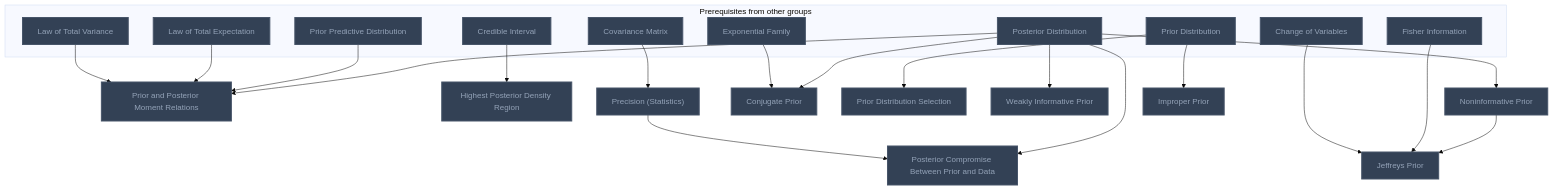
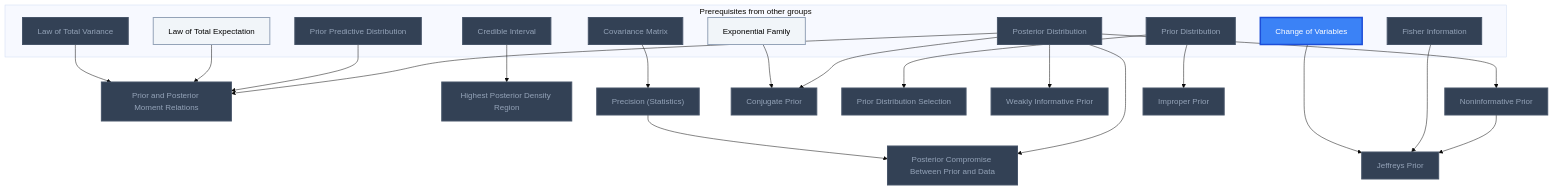
The fourth of 6 diagrams in Gamification/Skill Trees/Bayesian Statistics.md (MRauf1/My-Notes), drawn with Mermaid (base theme) before and after one commit. The commit also changed other lines of this file and 145 other files, not shown here.

````diff
--- a/Gamification/Skill Trees/Bayesian Statistics.md
+++ b/Gamification/Skill Trees/Bayesian Statistics.md
@@ -128,53 +129,55 @@
 ```mermaid
 flowchart TD
     classDef planned fill:#1E293B,stroke:#64748B,stroke-width:2px,stroke-dasharray:5 5,color:#94A3B8;
     classDef locked fill:#334155,stroke:#475569,stroke-width:2px,color:#94A3B8;
     classDef L0 fill:#F1F5F9,stroke:#94A3B8,stroke-width:2px,color:#000000;
     classDef L1 fill:#22C55E,stroke:#15803D,stroke-width:2px,color:#000000;
     classDef L2 fill:#3B82F6,stroke:#1D4ED8,stroke-width:3px,color:#FFFFFF;
     classDef L3 fill:#A855F7,stroke:#6B21A8,stroke-width:3px,color:#FFFFFF,font-weight:bold;
     classDef L4 fill:#F97316,stroke:#C2410C,stroke-width:4px,color:#000000,font-weight:bold;
     classDef L5 fill:#FFD700,stroke:#FF8C00,stroke-width:5px,color:#000000,font-weight:bold;
     classDef rusty stroke:#8B4513,stroke-width:4px,stroke-dasharray:3 3;
     subgraph sg_prereqs["Prerequisites from other groups"]
         n_posterior_distribution["Posterior Distribution"]
         n_prior_predictive_distribution["Prior Predictive Distribution"]
         n_law_of_total_expectation["Law of Total Expectation"]
         n_law_of_total_variance["Law of Total Variance"]
         n_covariance_matrix["Covariance Matrix"]
         n_credible_interval["Credible Interval"]
         n_prior_distribution["Prior Distribution"]
         n_fisher_information["Fisher Information"]
         n_change_of_variables["Change of Variables"]
         n_exponential_family["Exponential Family"]
     end
     n_prior_and_posterior_moment_relations["Prior and Posterior Moment Relations"]
     n_posterior_compromise_between_prior_and_data["Posterior Compromise Between Prior and Data"]
     n_highest_posterior_density_region["Highest Posterior Density Region"]
     n_precision_statistics["Precision (Statistics)"]
     n_conjugate_prior["Conjugate Prior"]
     n_prior_distribution_selection["Prior Distribution Selection"]
     n_weakly_informative_prior["Weakly Informative Prior"]
     n_noninformative_prior["Noninformative Prior"]
     n_jeffreys_prior["Jeffreys Prior"]
     n_improper_prior["Improper Prior"]
     n_posterior_distribution --> n_prior_and_posterior_moment_relations
     n_prior_predictive_distribution --> n_prior_and_posterior_moment_relations
     n_law_of_total_expectation --> n_prior_and_posterior_moment_relations
     n_law_of_total_variance --> n_prior_and_posterior_moment_relations
     n_covariance_matrix --> n_precision_statistics
     n_posterior_distribution --> n_posterior_compromise_between_prior_and_data
     n_precision_statistics --> n_posterior_compromise_between_prior_and_data
     n_credible_interval --> n_highest_posterior_density_region
     n_posterior_distribution --> n_conjugate_prior
     n_prior_distribution --> n_prior_distribution_selection
     n_posterior_distribution --> n_weakly_informative_prior
     n_posterior_distribution --> n_noninformative_prior
     n_noninformative_prior --> n_jeffreys_prior
     n_fisher_information --> n_jeffreys_prior
     n_change_of_variables --> n_jeffreys_prior
     n_prior_distribution --> n_improper_prior
     n_exponential_family --> n_conjugate_prior
-    class n_posterior_distribution,n_prior_predictive_distribution,n_law_of_total_expectation,n_law_of_total_variance,n_covariance_matrix,n_credible_interval,n_prior_distribution,n_fisher_information,n_change_of_variables,n_exponential_family,n_prior_and_posterior_moment_relations,n_posterior_compromise_between_prior_and_data,n_highest_posterior_density_region,n_precision_statistics,n_conjugate_prior,n_prior_distribution_selection,n_weakly_informative_prior,n_noninformative_prior,n_jeffreys_prior,n_improper_prior locked;
+    class n_posterior_distribution,n_prior_predictive_distribution,n_law_of_total_variance,n_covariance_matrix,n_credible_interval,n_prior_distribution,n_fisher_information,n_prior_and_posterior_moment_relations,n_posterior_compromise_between_prior_and_data,n_highest_posterior_density_region,n_precision_statistics,n_conjugate_prior,n_prior_distribution_selection,n_weakly_informative_prior,n_noninformative_prior,n_jeffreys_prior,n_improper_prior locked;
+    class n_law_of_total_expectation,n_exponential_family L0;
+    class n_change_of_variables L2;
     class n_posterior_distribution,n_prior_predictive_distribution,n_law_of_total_expectation,n_law_of_total_variance,n_covariance_matrix,n_credible_interval,n_prior_distribution,n_fisher_information,n_change_of_variables,n_exponential_family,n_prior_and_posterior_moment_relations,n_posterior_compromise_between_prior_and_data,n_highest_posterior_density_region,n_precision_statistics,n_conjugate_prior,n_prior_distribution_selection,n_weakly_informative_prior,n_noninformative_prior,n_jeffreys_prior,n_improper_prior internal-link;
 ```
````
